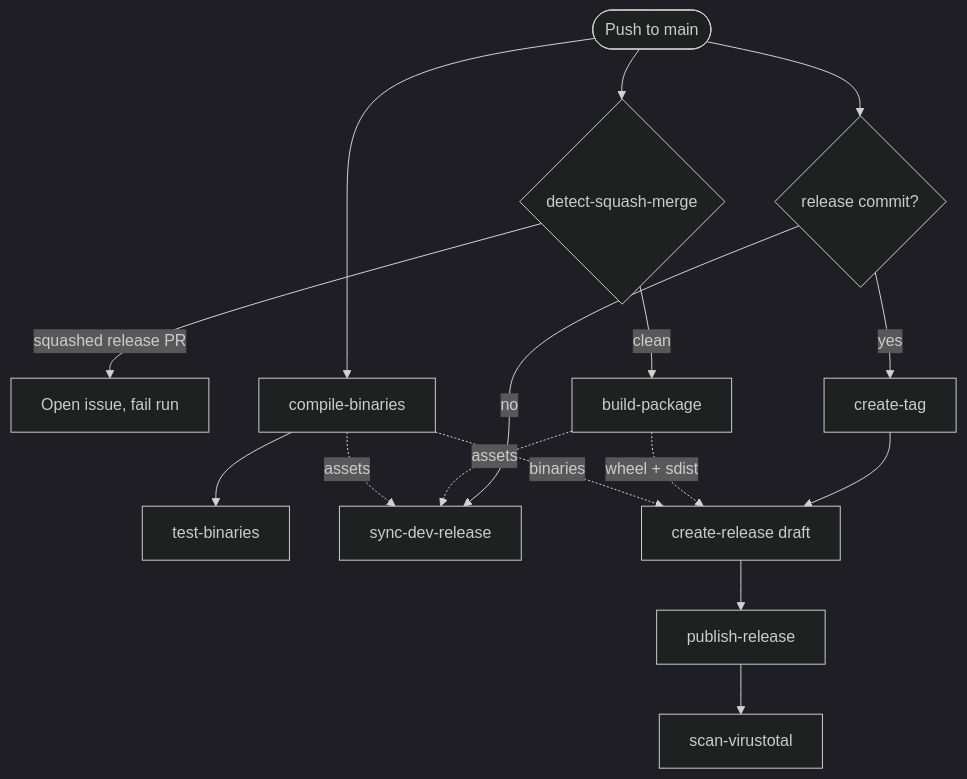
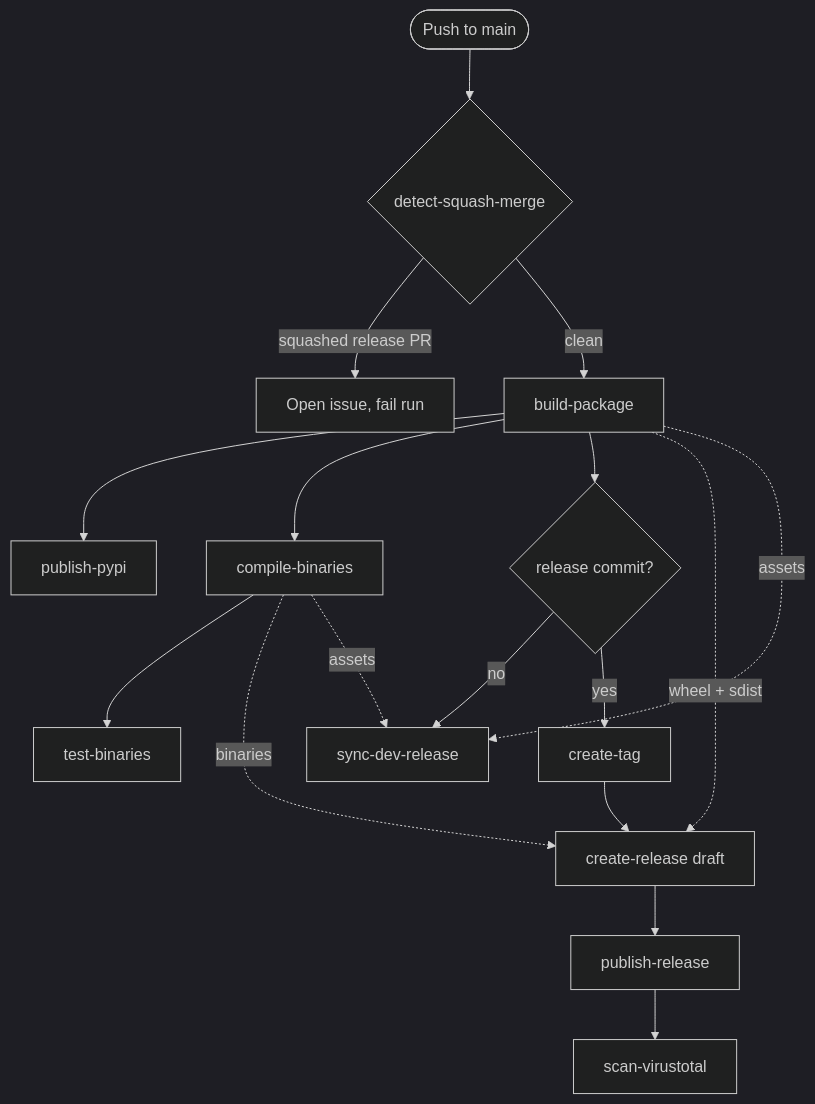
Before and after one commit to kdeldycke/repomatic: the first of 2 diagrams in docs/workflows.md, drawn with Mermaid (dark theme). The commit also changed other lines of this file and 11 other files, not shown here.

````diff
--- a/docs/workflows.md
+++ b/docs/workflows.md
@@ -439,18 +461,19 @@
 ```mermaid
 flowchart TD
     push([Push to main]) --> squash{detect-squash-merge}
     squash -->|squashed release PR| fail[Open issue, fail run]
     squash -->|clean| build[build-package]
-    push --> nuitka[compile-binaries]
-    nuitka --> testbin[test-binaries]
-    push --> relcommit{release commit?}
+    build --> pypi[publish-pypi]
+    build --> nuitka[compile-binaries]
+    build --> relcommit{release commit?}
     relcommit -->|no| dev[sync-dev-release]
     relcommit -->|yes| tag[create-tag]
+    nuitka --> testbin[test-binaries]
     tag --> draft[create-release draft]
     build -. wheel + sdist .-> draft
     nuitka -. binaries .-> draft
     draft --> pubrel[publish-release]
     pubrel --> vt[scan-virustotal]
     build -. assets .-> dev
     nuitka -. assets .-> dev
 ```
````
